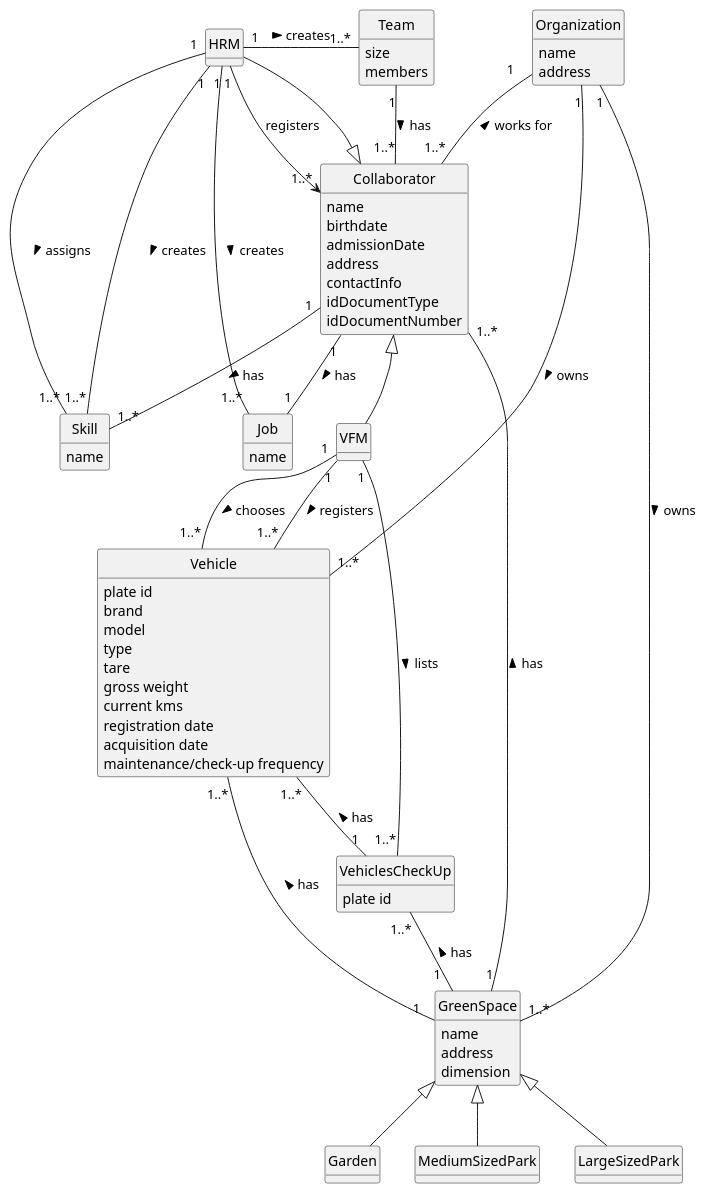
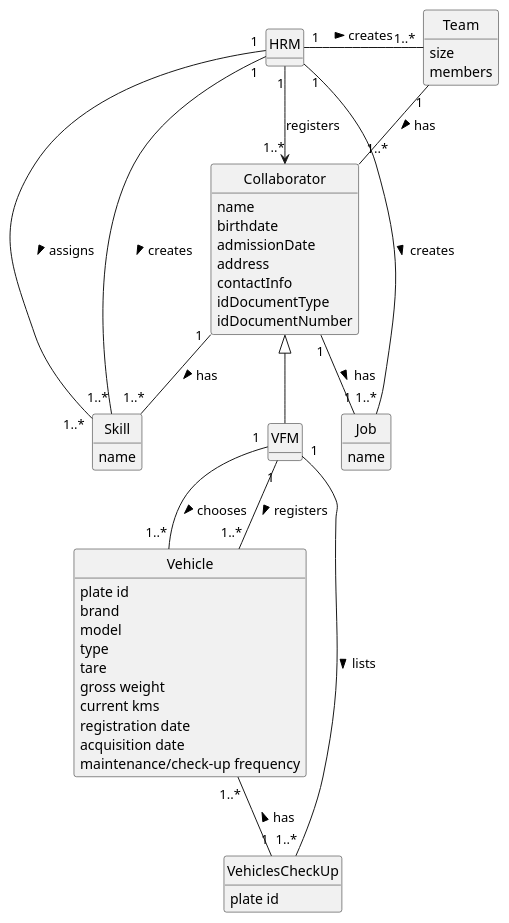
The diagram in docs/sprintB/global-artifacts/02.analysis/puml/project-domain-model.puml (diogoveirospro/lei-24-s2-1dg-g072), drawn with PlantUML before and after one commit. The commit also changed 6 other files, not shown here.

Commit message:
Updated the use case diagram, updated US01 and US02 analyses

```diff
--- a/docs/sprintB/global-artifacts/02.analysis/puml/project-domain-model.puml
+++ b/docs/sprintB/global-artifacts/02.analysis/puml/project-domain-model.puml
@@ -1,128 +1,95 @@
 @startuml
 skinparam monochrome true
 skinparam packageStyle rectangle
 skinparam shadowing false
 'skinparam linetype ortho
 'left to right direction
 skinparam classAttributeIconSize 0
 hide circle
 hide methods
 
-class Organization{
-    name
-    address
-}
 
 class HRM {
 
 }
 
 class Skill {
     name
 }
 class Job {
     name
 }
 
 
 class Team {
     size
     members
 
 }
 
 class Collaborator {
     name
     birthdate
     admissionDate
     address
     contactInfo
     idDocumentType
     idDocumentNumber
 }
 
 
 
-class GreenSpace {
-    name
-    address
-    dimension
-}
-
-class Garden {
-
-}
-
-class MediumSizedPark {
-
-}
-
-class LargeSizedPark {
-
-}
-
-
 class Vehicle{
     plate id
     brand
     model
     type
     tare
     gross weight
     current kms
     registration date
     acquisition date
     maintenance/check-up frequency
 }
 
 class VFM {
 
 }
 
 class VehiclesCheckUp {
     plate id
 }
 
-Organization "1   " -- "1..*" Collaborator: works for <
-Collaborator <|-- HRM
-Organization "1" -- "1..*" GreenSpace: owns >
-GreenSpace "1" -- "1..*" Collaborator: has >
-GreenSpace <|-- Garden
-GreenSpace <|-- MediumSizedPark
-GreenSpace <|-- LargeSizedPark
 
 'US001
 HRM "1" -- "1..*" Skill: creates >
 
 'US002
 HRM "1" -- "1..*" Job : creates >
 
 'US003
 HRM "1" --> "1..*" Collaborator : registers
 
 'US004
 HRM "1" -- "1..*" Skill : assigns >
 Collaborator "1" -- "1..*" Skill : has >
 
 'US005
 HRM "1" - "1..*" Team : creates >
 Collaborator "1" -- "1" Job: has >
 Team "1" -- "1..*" Collaborator: has >
 
 Collaborator <|-- VFM
 
 'US006
 VFM "1" -- "1..*" Vehicle: registers >
 
 'US007
 VFM "1"-- "1..*" Vehicle: chooses >
-Vehicle "1..*" -- "1  " GreenSpace: has <
 
 'US008
 VFM "1" -- "1..*" VehiclesCheckUp: lists >
-VehiclesCheckUp "1..*" -- "1  " GreenSpace: has <
 Vehicle "1..*" -- "1" VehiclesCheckUp: has <
-Organization "1" -- "1..*" Vehicle: owns >
 
 
 @enduml
```
